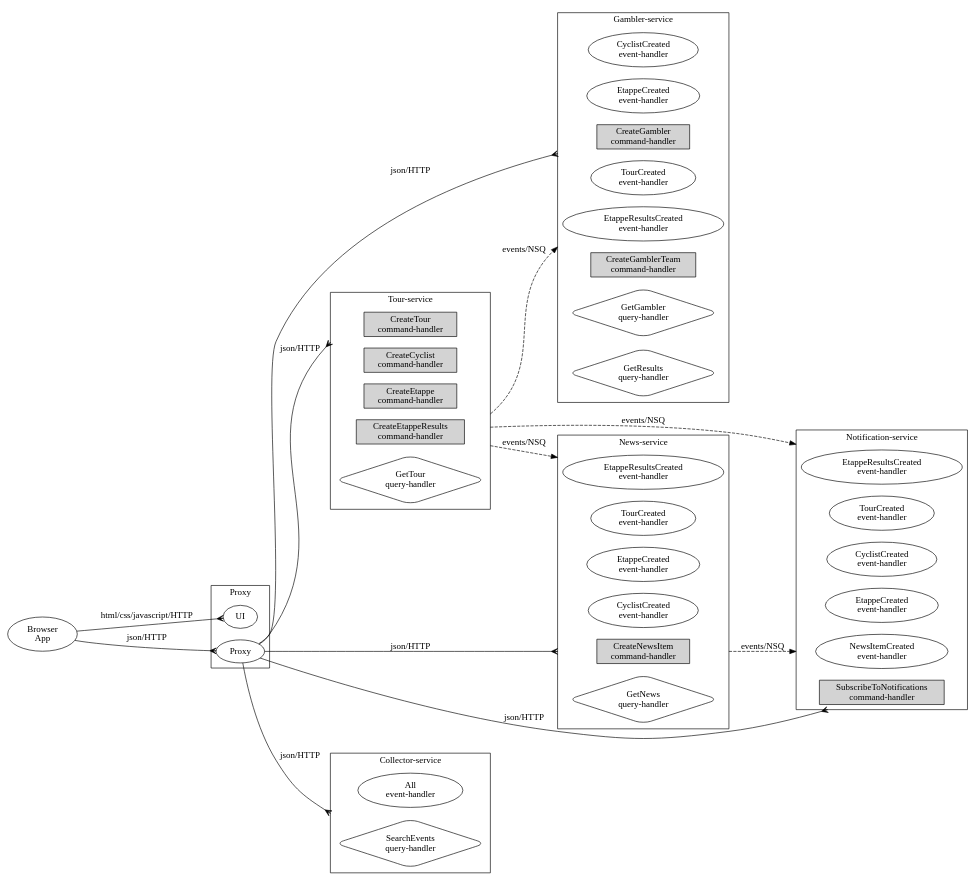
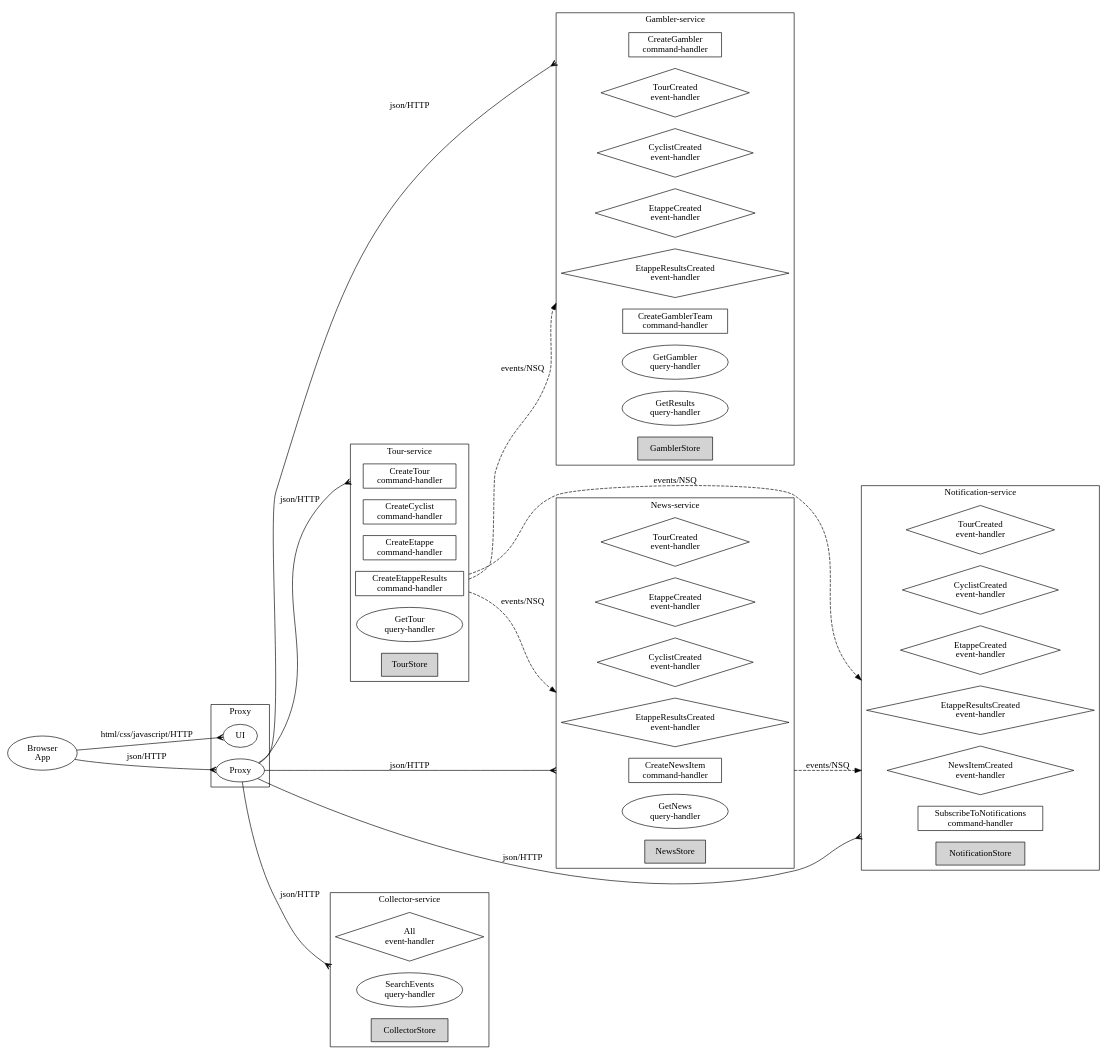
Before and after one commit to MarcGrol/microgen: the diagram in tourApp/doc/graphviz.dot, drawn with Graphviz. The commit also changed 11 other files, not shown here.

```diff
--- a/tourApp/doc/graphviz.dot
+++ b/tourApp/doc/graphviz.dot
@@ -21,25 +21,27 @@
 		// commands
 		
 			 
-				"TourCreateTour"  [label="CreateTour\ncommand-handler", style=filled, shape=box];
+				"TourCreateTour"  [label="CreateTour\ncommand-handler", shape=box];
 			
 		
 			 
-				"TourCreateCyclist"  [label="CreateCyclist\ncommand-handler", style=filled, shape=box];
+				"TourCreateCyclist"  [label="CreateCyclist\ncommand-handler", shape=box];
 			
 		
 			 
-				"TourCreateEtappe"  [label="CreateEtappe\ncommand-handler", style=filled, shape=box];
+				"TourCreateEtappe"  [label="CreateEtappe\ncommand-handler", shape=box];
 			
 		
 			 
-				"TourCreateEtappeResults"  [label="CreateEtappeResults\ncommand-handler", style=filled, shape=box];
+				"TourCreateEtappeResults"  [label="CreateEtappeResults\ncommand-handler", shape=box];
 			
 		
 			
-			    "TourGetTour"  [label="GetTour\nquery-handler", style=rounded, shape=diamond];
+			    "TourGetTour"  [label="GetTour\nquery-handler"];
 			
 		
+		// store
+		"TourStore" [shape=box, style=filled];
 	}
 
 	subgraph clustergambler {
@@ -48,31 +50,34 @@
 
 		// events
 		 
-			"GamblerCyclistCreated" [label="CyclistCreated\nevent-handler", shape=oval];
+			"GamblerEtappeResultsCreated" [label="EtappeResultsCreated\nevent-handler", shape=diamond];
 		 
-			"GamblerEtappeCreated" [label="EtappeCreated\nevent-handler", shape=oval];
+			"GamblerTourCreated" [label="TourCreated\nevent-handler", shape=diamond];
 		 
-			"GamblerEtappeResultsCreated" [label="EtappeResultsCreated\nevent-handler", shape=oval];
+			"GamblerCyclistCreated" [label="CyclistCreated\nevent-handler", shape=diamond];
 		 
-			"GamblerTourCreated" [label="TourCreated\nevent-handler", shape=oval];
+			"GamblerEtappeCreated" [label="EtappeCreated\nevent-handler", shape=diamond];
 		
 		// commands
 		
 			 
-				"GamblerCreateGambler"  [label="CreateGambler\ncommand-handler", style=filled, shape=box];
+				"GamblerCreateGambler"  [label="CreateGambler\ncommand-handler", shape=box];
 			
 		
 			 
-				"GamblerCreateGamblerTeam"  [label="CreateGamblerTeam\ncommand-handler", style=filled, shape=box];
+				"GamblerCreateGamblerTeam"  [label="CreateGamblerTeam\ncommand-handler", shape=box];
 			
 		
 			
-			    "GamblerGetGambler"  [label="GetGambler\nquery-handler",style=rounded, shape=diamond];
+			    "GamblerGetGambler"  [label="GetGambler\nquery-handler"];
 			
 		
 			
-			    "GamblerGetResults"  [label="GetResults\nquery-handler",style=rounded, shape=diamond];
+			    "GamblerGetResults"  [label="GetResults\nquery-handler"];
 			
+		
+		// store
+		"GamblerStore" [shape=box, style=filled];
 	}
 
 	subgraph clusternews {
@@ -81,23 +86,26 @@
 
 		// events
 		 
-			"NewsEtappeResultsCreated" [label="EtappeResultsCreated\nevent-handler", shape=oval];
+			"NewsTourCreated" [label="TourCreated\nevent-handler", shape=diamond];
 		 
-			"NewsTourCreated" [label="TourCreated\nevent-handler", shape=oval];
+			"NewsEtappeCreated" [label="EtappeCreated\nevent-handler", shape=diamond];
 		 
-			"NewsEtappeCreated" [label="EtappeCreated\nevent-handler", shape=oval];
+			"NewsCyclistCreated" [label="CyclistCreated\nevent-handler", shape=diamond];
 		 
-			"NewsCyclistCreated" [label="CyclistCreated\nevent-handler", shape=oval];
+			"NewsEtappeResultsCreated" [label="EtappeResultsCreated\nevent-handler", shape=diamond];
 		
 		// commands
 		
 			 
-				"NewsCreateNewsItem"  [label="CreateNewsItem\ncommand-handler", style=filled, shape=box];
+				"NewsCreateNewsItem"  [label="CreateNewsItem\ncommand-handler", shape=box];
 			
 		
 			
-			    "NewsGetNews"  [label="GetNews\nquery-handler",style=rounded, shape=diamond];
+			    "NewsGetNews"  [label="GetNews\nquery-handler"];
 			
+		
+		// store
+		"NewsStore" [shape=box, style=filled];
 	}
 
 	subgraph clusternotification {
@@ -106,36 +114,40 @@
 
 		// events
 		 
-			"NotificationNewsItemCreated" [label="NewsItemCreated\nevent-handler", shape=oval];
+			"NotificationTourCreated" [label="TourCreated\nevent-handler", shape=diamond];
 		 
-			"NotificationTourCreated" [label="TourCreated\nevent-handler", shape=oval];
+			"NotificationCyclistCreated" [label="CyclistCreated\nevent-handler", shape=diamond];
 		 
-			"NotificationCyclistCreated" [label="CyclistCreated\nevent-handler", shape=oval];
+			"NotificationEtappeCreated" [label="EtappeCreated\nevent-handler", shape=diamond];
 		 
-			"NotificationEtappeCreated" [label="EtappeCreated\nevent-handler", shape=oval];
+			"NotificationEtappeResultsCreated" [label="EtappeResultsCreated\nevent-handler", shape=diamond];
 		 
-			"NotificationEtappeResultsCreated" [label="EtappeResultsCreated\nevent-handler", shape=oval];
+			"NotificationNewsItemCreated" [label="NewsItemCreated\nevent-handler", shape=diamond];
 		
 		// commands
 		
 			 
-			"NotificationSubscribeToNotifications"  [label="SubscribeToNotifications\ncommand-handler", style=filled, shape=box];
+				"NotificationSubscribeToNotifications"  [label="SubscribeToNotifications\ncommand-handler", shape=box];
 			
+		
+		// store
+		"NotificationStore" [shape=box, style=filled];
 	}
 
 
 	subgraph clustercollector {
 		label="Collector-service";
 		
-		"Any" [label="All\nevent-handler", shape=oval];
-		"CollectorSearchEvents"  [label="SearchEvents\nquery-handler",style=rounded, shape=diamond];
+		"Any" [label="All\nevent-handler", shape=diamond];
+		"CollectorSearchEvents"  [label="SearchEvents\nquery-handler"];
+		"CollectorStore" [shape=box, style=filled];
     }
 
 // legend does not really clear things, so skip
 //    subgraph clusterlegend {
 //		label="Legend";
 //		"CommandHandler"  [label="Command-handler", shape=box];
-//		"EventHandler"  [label="Event-handler", shape=oval];
+//		"EventHandler"  [label="Event-handler", shape=diamond];
 //		"QueryHandler"  [label="Query-handler"];
 //		"Store local to service" [shape=box, style=filled];
 //   }
```
